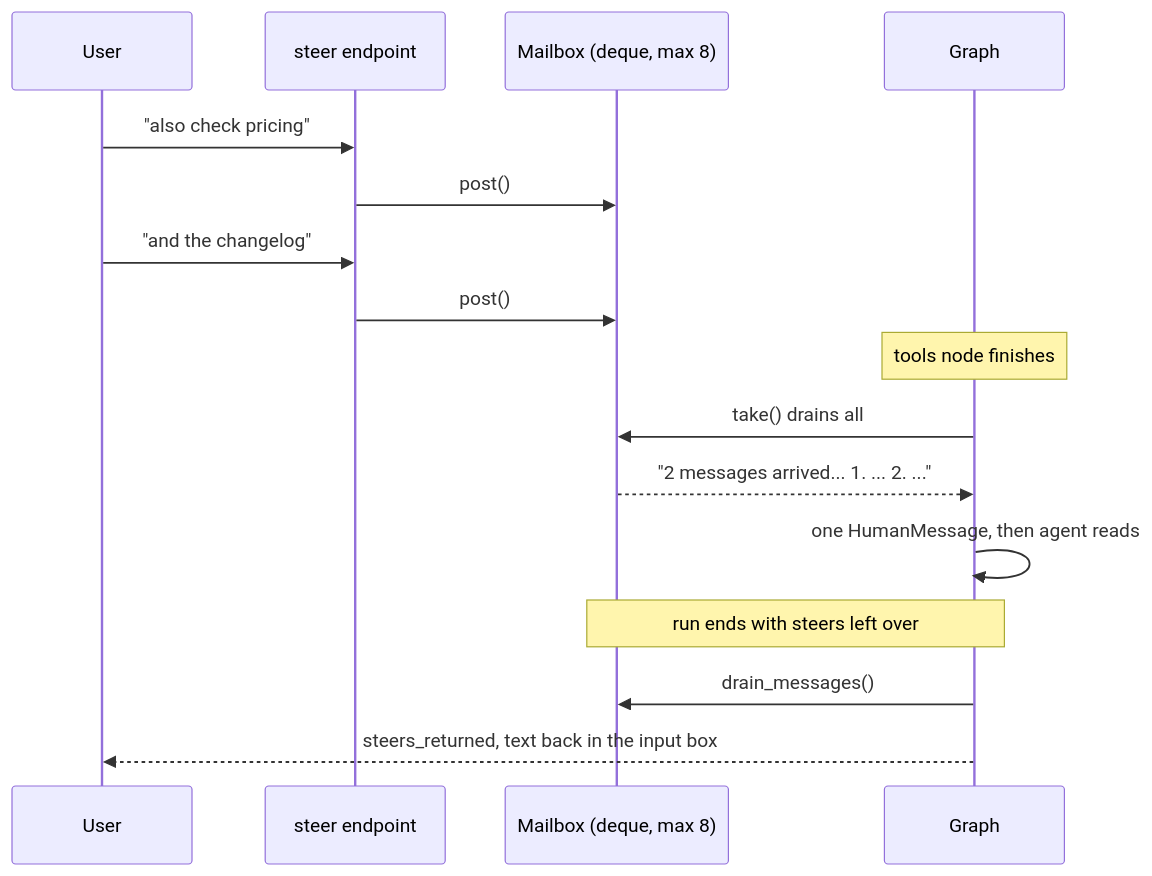
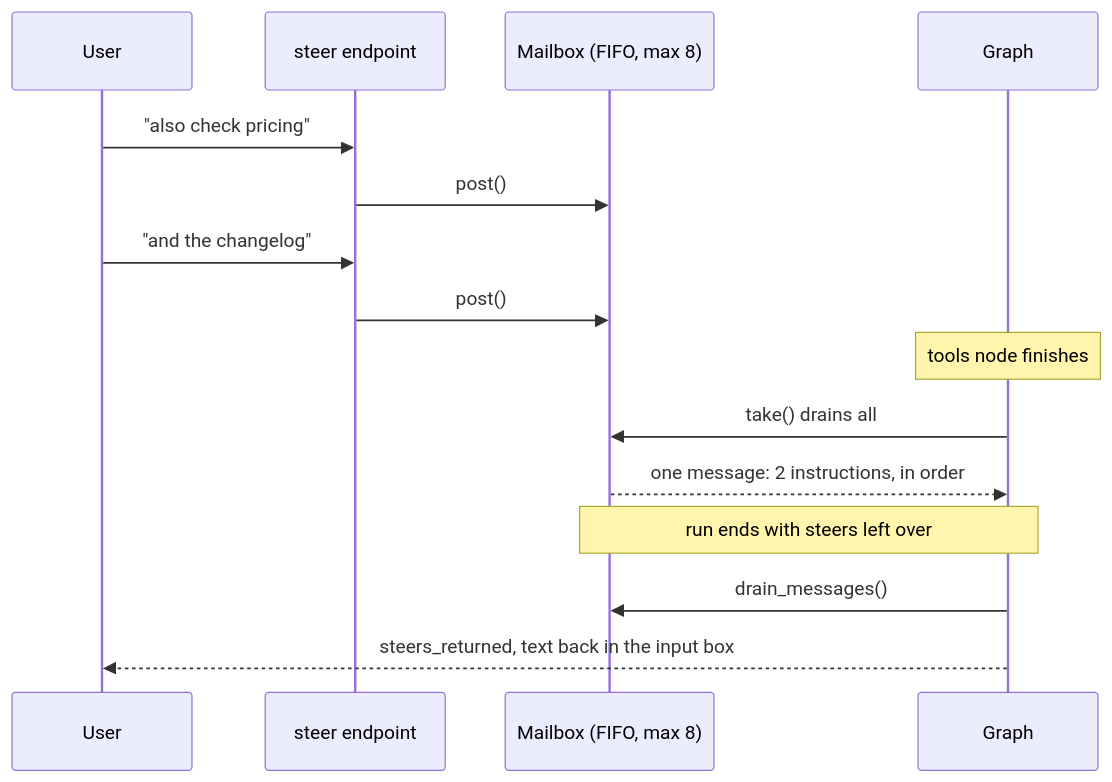
The second of 8 diagrams in LLD_Guide/02_Backend_LLD_Patterns.md (KaushalJainAI/AIAAS), drawn with Mermaid before and after one commit. The commit also changed other lines of this file and 323 other files, not shown here.

````diff
--- a/LLD_Guide/02_Backend_LLD_Patterns.md
+++ b/LLD_Guide/02_Backend_LLD_Patterns.md
@@ -742,18 +465,17 @@
 ```mermaid
 sequenceDiagram
     participant U as User
     participant EP as steer endpoint
-    participant MB as Mailbox (deque, max 8)
+    participant MB as Mailbox (FIFO, max 8)
     participant G as Graph
     U->>EP: "also check pricing"
     EP->>MB: post()
     U->>EP: "and the changelog"
     EP->>MB: post()
     Note over G: tools node finishes
     G->>MB: take() drains all
-    MB-->>G: "2 messages arrived... 1. ... 2. ..."
-    G->>G: one HumanMessage, then agent reads
+    MB-->>G: one message: 2 instructions, in order
     Note over G,MB: run ends with steers left over
     G->>MB: drain_messages()
     G-->>U: steers_returned, text back in the input box
 ```
````
